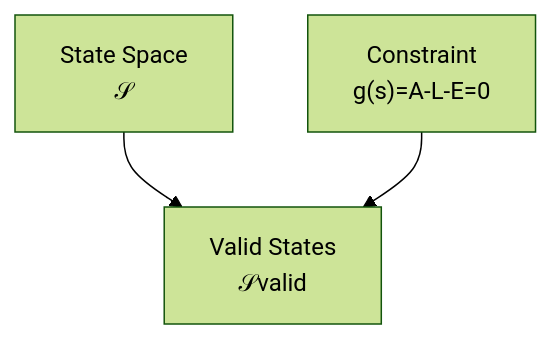
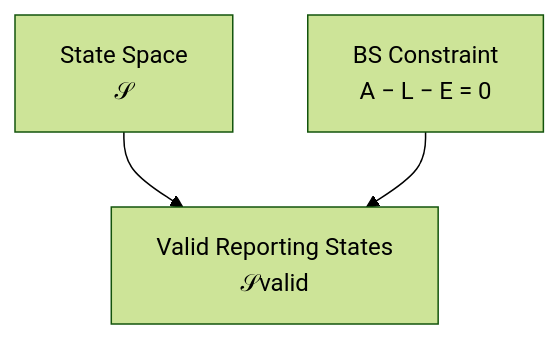
Before and after one commit to niikei/accounting-state-model: the diagram in theory/02-state.md, drawn with Mermaid (forest theme). The commit also changed other lines of this file and 5 other files, not shown here.

````diff
--- a/theory/02-state.md
+++ b/theory/02-state.md
@@ -108,9 +332,11 @@
 ```mermaid
 flowchart TD
     SPACE["State Space<br/>𝒮"]
-    CONSTRAINT["Constraint<br/>g(s)=A-L-E=0"]
-    VALID["Valid States<br/>𝒮valid"]
+
+    CONSTRAINT["BS Constraint<br/>A − L − E = 0"]
+
+    VALID["Valid Reporting States<br/>𝒮valid"]
 
     SPACE --> VALID
     CONSTRAINT --> VALID
 ```
````
